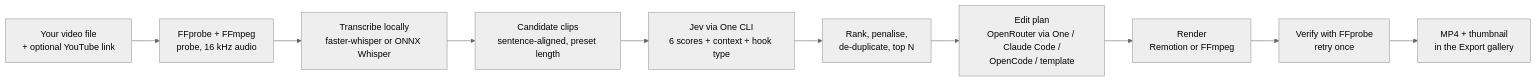
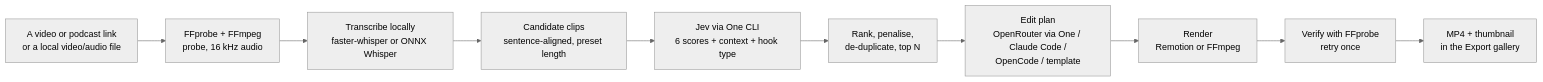
The diagram in README.md (janmm97/oneclip), drawn with Mermaid (neutral theme) before and after one commit. The commit also changed other lines of this file and 22 other files, not shown here.

First line of the commit message:
feat: accept video, audio and podcast links from any site (#16)

````diff
--- a/README.md
+++ b/README.md
@@ -19,12 +19,12 @@
 ```mermaid
 flowchart LR
-  A[Your video file<br/>+ optional YouTube link] --> B[FFprobe + FFmpeg<br/>probe, 16 kHz audio]
+  A[A video or podcast link<br/>or a local video/audio file] --> B[FFprobe + FFmpeg<br/>probe, 16 kHz audio]
   B --> C[Transcribe locally<br/>faster-whisper or ONNX Whisper]
   C --> D[Candidate clips<br/>sentence-aligned, preset length]
   D --> E[Jev via One CLI<br/>6 scores + context + hook type]
   E --> F[Rank, penalise,<br/>de-duplicate, top N]
   F --> G[Edit plan<br/>OpenRouter via One / Claude Code /<br/>OpenCode / template]
   G --> H[Render<br/>Remotion or FFmpeg]
   H --> I[Verify with FFprobe<br/>retry once]
   I --> J[MP4 + thumbnail<br/>in the Export gallery]
 ```
````
